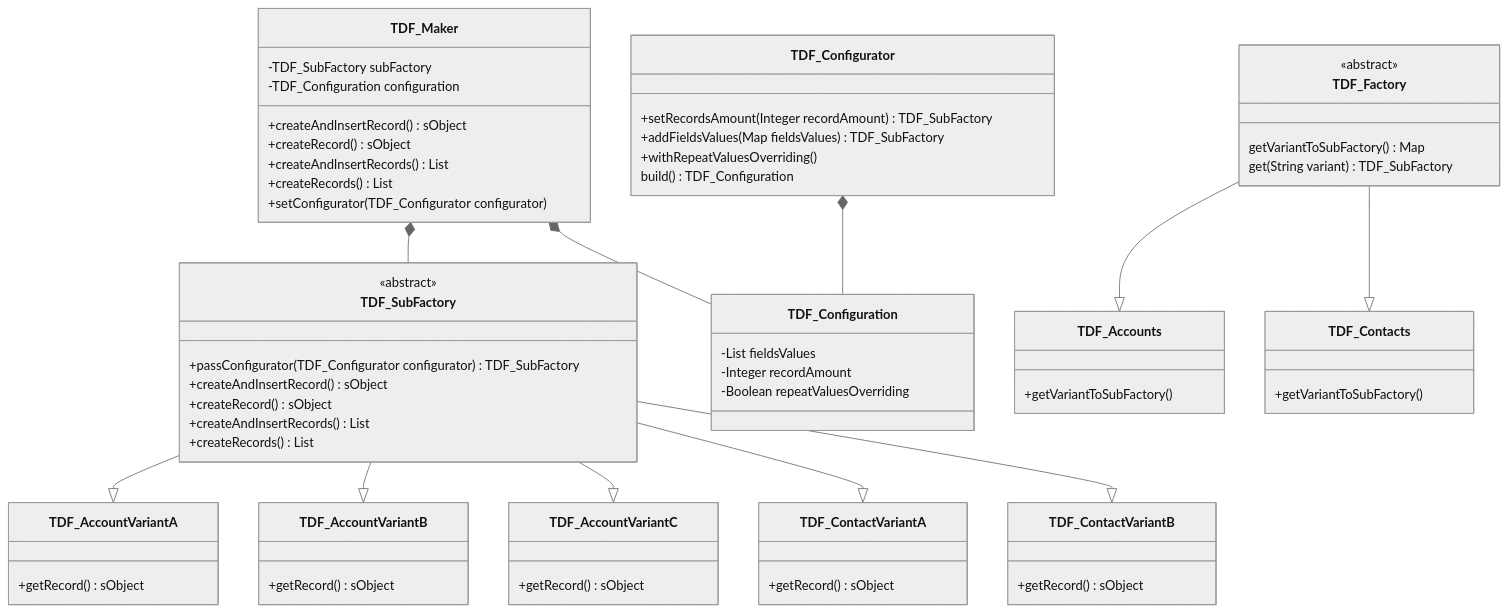
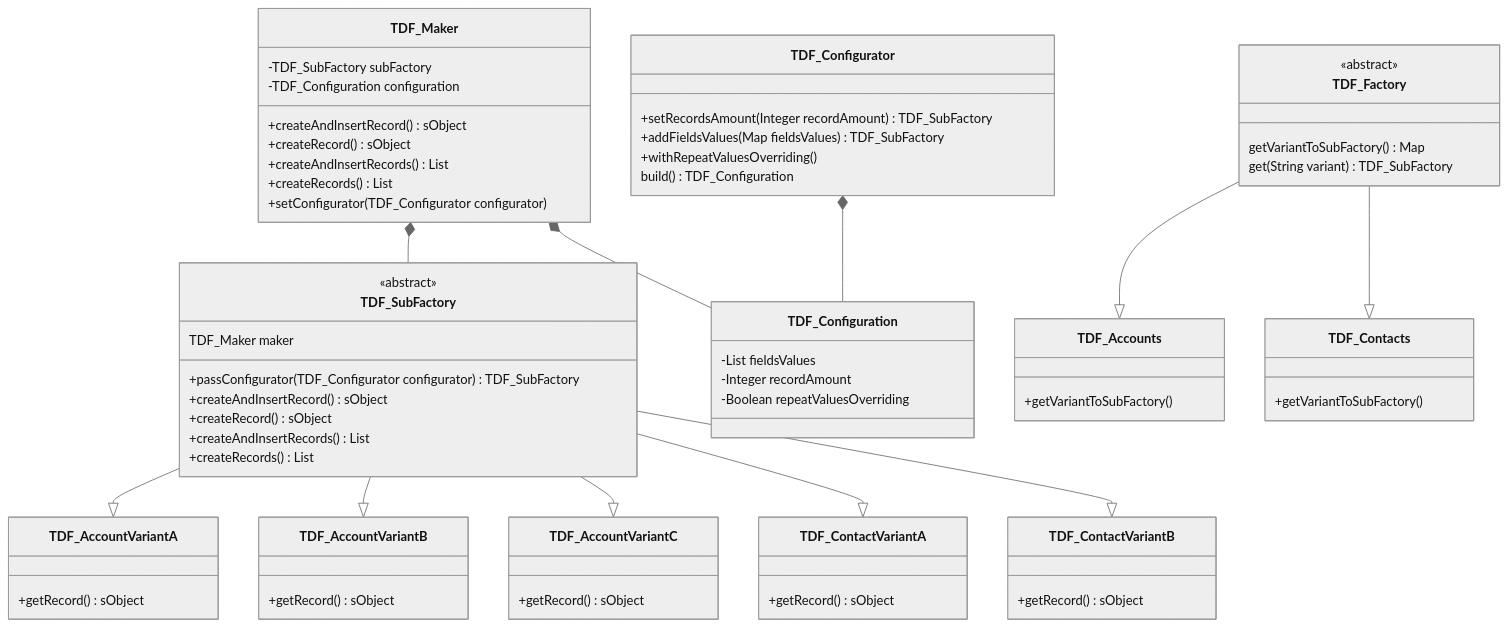
Before and after one commit to beyond-the-cloud-dev/salesforce-frameworks: the second of 2 diagrams in force-app/main/default/classes/tdf/README.md, drawn with Mermaid (neutral theme).

Commit message:
UML Update

````diff
--- a/force-app/main/default/classes/tdf/README.md
+++ b/force-app/main/default/classes/tdf/README.md
@@ -60,81 +60,82 @@
 ```mermaid
 classDiagram
     class TDF_Factory {
         <<abstract>>
         getVariantToSubFactory() Map<String, System.Type>
         get(String variant) TDF_SubFactory
     }
 
     class TDF_SubFactory {
         <<abstract>>
+        TDF_Maker maker
         +passConfigurator(TDF_Configurator configurator) TDF_SubFactory
         +createAndInsertRecord() sObject
         +createRecord() sObject
         +createAndInsertRecords() List<sObject>
         +createRecords() List<sObject>
     }
 
     class TDF_Configuration {
         -List fieldsValues
         -Integer recordAmount
         -Boolean repeatValuesOverriding
     }
 
     class TDF_Configurator {
         +setRecordsAmount(Integer recordAmount) TDF_SubFactory
         +addFieldsValues(Map fieldsValues) TDF_SubFactory
         +withRepeatValuesOverriding()
         build() TDF_Configuration
     }
 
     class TDF_Maker {
         -TDF_SubFactory subFactory
         -TDF_Configuration configuration
         +createAndInsertRecord() sObject
         +createRecord() sObject
         +createAndInsertRecords() List<sObject>
         +createRecords() List<sObject>
         +setConfigurator(TDF_Configurator configurator)
     }
 
     class TDF_Accounts {
       +getVariantToSubFactory()
     }
 
     class TDF_Contacts {
       +getVariantToSubFactory()
     }
 
     class TDF_AccountVariantA {
         +getRecord() sObject
     }
 
     class TDF_AccountVariantB {
         +getRecord() sObject
     }
 
     class TDF_AccountVariantC {
         +getRecord() sObject
     }
 
     class TDF_ContactVariantA {
         +getRecord() sObject
     }
 
     class TDF_ContactVariantB {
         +getRecord() sObject
     }
 
     TDF_Factory --|> TDF_Accounts
     TDF_Factory --|> TDF_Contacts
 
     TDF_Maker *-- TDF_SubFactory
     TDF_Maker *-- TDF_Configuration
     TDF_Configurator *-- TDF_Configuration
 
     TDF_SubFactory --|> TDF_AccountVariantA
     TDF_SubFactory --|> TDF_AccountVariantB
     TDF_SubFactory --|> TDF_AccountVariantC
     TDF_SubFactory --|> TDF_ContactVariantA
     TDF_SubFactory --|> TDF_ContactVariantB
 ```
````
